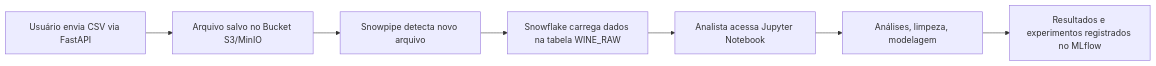
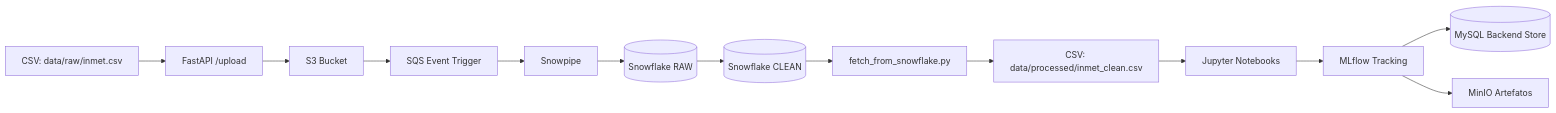
The diagram in README.md (mesa-6/avd-project), drawn with Mermaid before and after one commit. The commit also changed other lines of this file, not shown here.

````diff
--- a/README.md
+++ b/README.md
@@ -40,9 +197,28 @@
 ```mermaid
 flowchart LR
-    A[Usuário envia CSV via FastAPI] --> B[Arquivo salvo no Bucket S3/MinIO]
-    B --> C[Snowpipe detecta novo arquivo]
-    C --> D[Snowflake carrega dados na tabela WINE_RAW]
-    D --> E[Analista acessa Jupyter Notebook]
-    E --> F[Análises, limpeza, modelagem]
-    F --> G[Resultados e experimentos registrados no MLflow]
+
+    %% ====== Files ======
+    A[CSV: data/raw/inmet.csv] --> B
+
+    %% ====== Ingestion API ======
+    B[FastAPI /upload] --> C
+
+    %% ====== AWS Layer ======
+    C[S3 Bucket] --> D[SQS Event Trigger]
+    D --> E[Snowpipe]
+
+    %% ====== Snowflake ======
+    E --> F[(Snowflake RAW)]
+    F --> G[(Snowflake CLEAN)]
+
+    %% ====== Fetch Process ======
+    G --> X[fetch_from_snowflake.py]
+    X --> H[CSV: data/processed/inmet_clean.csv]
+
+    %% ====== Jupyter & ML ======
+    H --> J[Jupyter Notebooks]
+    J --> M[MLflow Tracking]
+    M --> O[(MySQL Backend Store)]
+    M --> P[MinIO Artefatos]
+
 ```
````
